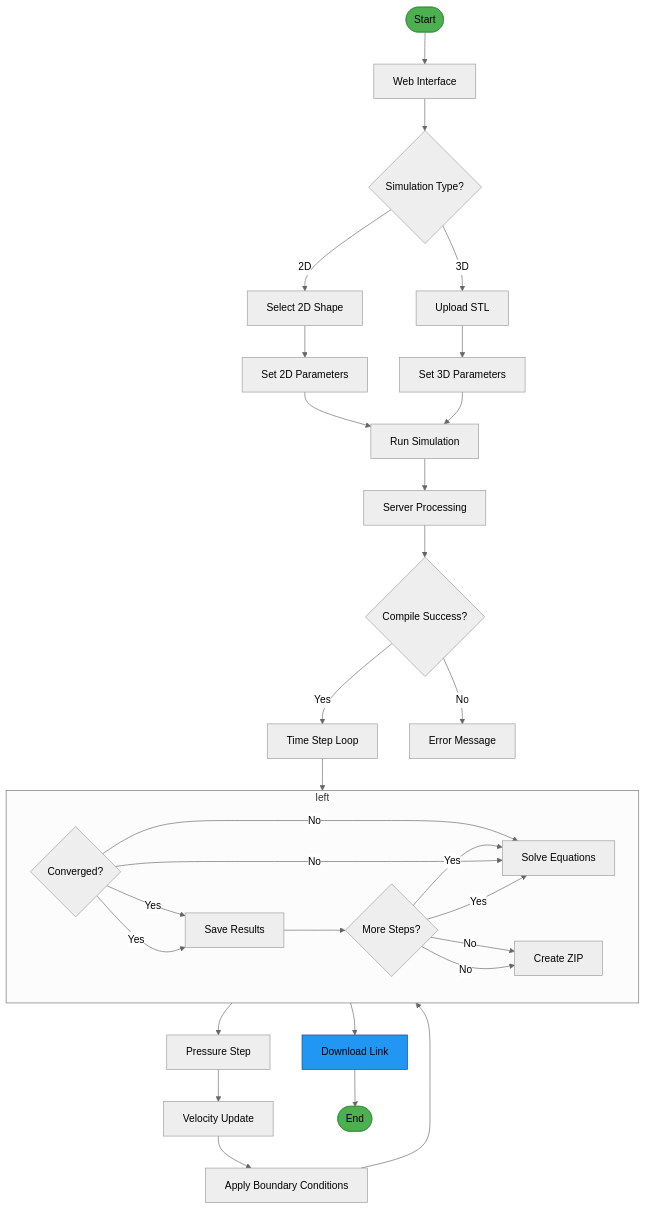
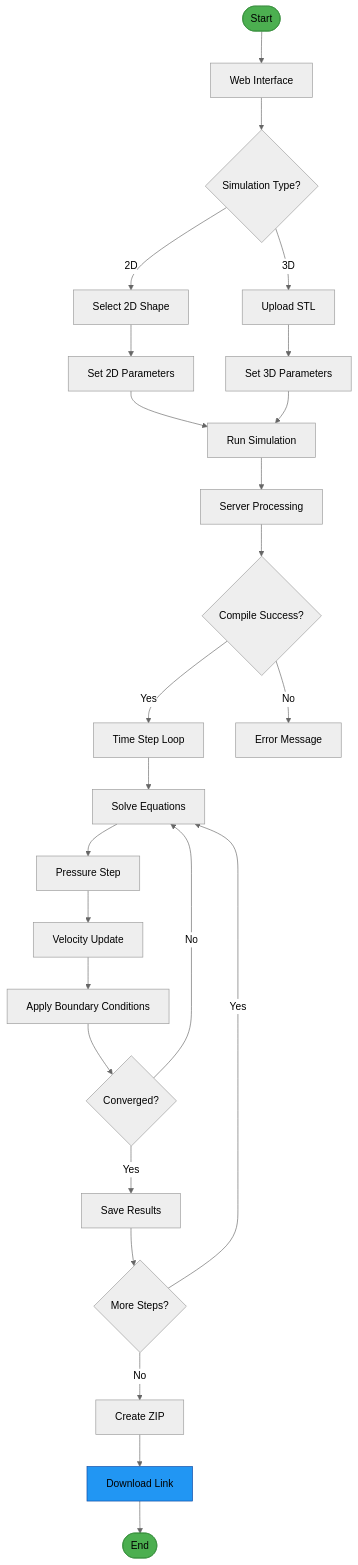
One commit to shivamKrishnan/simple_cfd changed the diagram in flowchart.md. Above: the diagram before and after it, drawn with Mermaid (neutral theme).

Commit message:
added flowchart

````diff
--- a/flowchart.md
+++ b/flowchart.md
@@ -1,39 +1,31 @@
 ```mermaid
 flowchart TD
     A([Start]) --> B[Web Interface]
     B --> C{Simulation Type?}
     C -->|2D| D[Select 2D Shape]
     C -->|3D| E[Upload STL]
     D --> F[Set 2D Parameters]
     E --> G[Set 3D Parameters]
     F --> H[Run Simulation]
     G --> H
     H --> I[Server Processing]
     I --> J{Compile Success?}
     J -->|Yes| K[Time Step Loop]
     J -->|No| L[Error Message]
     K --> M[Solve Equations]
     M --> N[Pressure Step]
     N --> O[Velocity Update]
     O --> P[Apply Boundary Conditions]
     P --> Q{Converged?}
     Q -->|No| M
     Q -->|Yes| R[Save Results]
     R --> S{More Steps?}
     S -->|Yes| M
     S -->|No| T[Create ZIP]
     T --> U[Download Link]
     U --> V([End])
 
     style A fill:#4CAF50,stroke:#388E3C
     style V fill:#4CAF50,stroke:#388E3C
     style U fill:#2196F3,stroke:#0D47A1
-
-    subgraph left
-        direction LR
-        Q -->|No| M
-        Q -->|Yes| R
-        S -->|Yes| M
-        S -->|No| T
-    end
 ```
````
